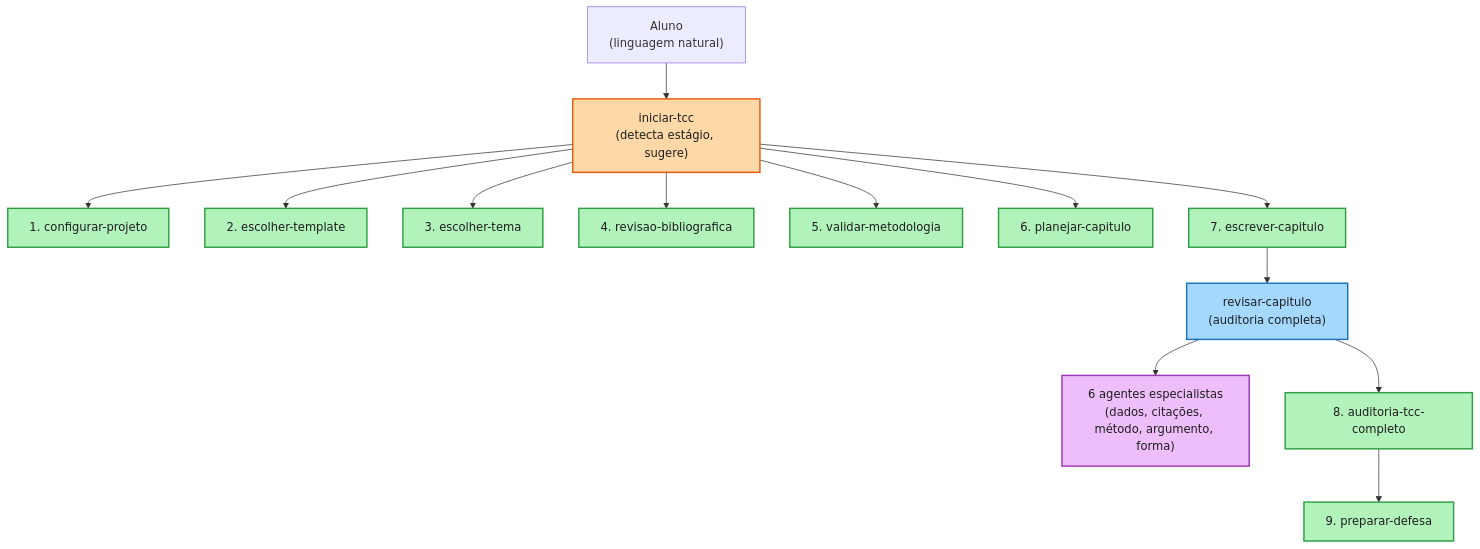
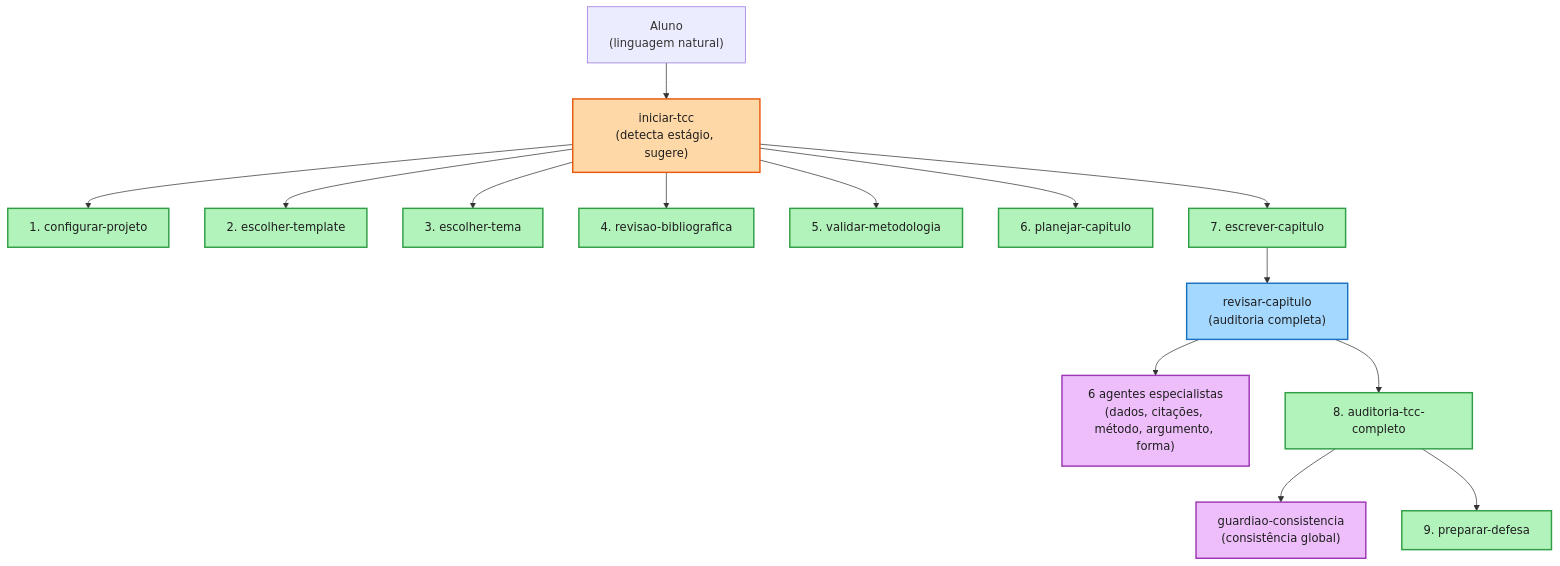
The diagram in README.md (Oseiasdfarias/tcc-verificado-kit-agentes), drawn with Mermaid before and after one commit. The commit also changed other lines of this file, not shown here.

First line of the commit message:
Corrige contagem de agentes no README (faltava o guardiao-consistencia)

````diff
--- a/README.md
+++ b/README.md
@@ -35,28 +35,29 @@
 ```mermaid
 flowchart TD
     Aluno["Aluno<br/>(linguagem natural)"] --> Hub1["iniciar-tcc<br/>(detecta estágio, sugere)"]
 
     Hub1 --> S1["1. configurar-projeto"]
     Hub1 --> S2["2. escolher-template"]
     Hub1 --> S3["3. escolher-tema"]
     Hub1 --> S4["4. revisao-bibliografica"]
     Hub1 --> S5["5. validar-metodologia"]
     Hub1 --> S6["6. planejar-capitulo"]
     Hub1 --> S7["7. escrever-capitulo"]
 
     S7 --> Hub2["revisar-capitulo<br/>(auditoria completa)"]
     Hub2 --> Agentes["6 agentes especialistas<br/>(dados, citações, método, argumento, forma)"]
 
     Hub2 --> S8["8. auditoria-tcc-completo"]
+    S8 --> AgenteAuditoria["guardiao-consistencia<br/>(consistência global)"]
     S8 --> S9["9. preparar-defesa"]
 
     classDef hub fill:#ffd8a8,stroke:#e8590c,stroke-width:2px,color:#1e1e1e
     classDef hub2 fill:#a5d8ff,stroke:#1971c2,stroke-width:2px,color:#1e1e1e
     classDef skill fill:#b2f2bb,stroke:#2f9e44,stroke-width:2px,color:#1e1e1e
     classDef agente fill:#eebefa,stroke:#9c36b5,stroke-width:2px,color:#1e1e1e
 
     class Hub1 hub
     class Hub2 hub2
     class S1,S2,S3,S4,S5,S6,S7,S8,S9 skill
-    class Agentes agente
+    class Agentes,AgenteAuditoria agente
 ```
````
